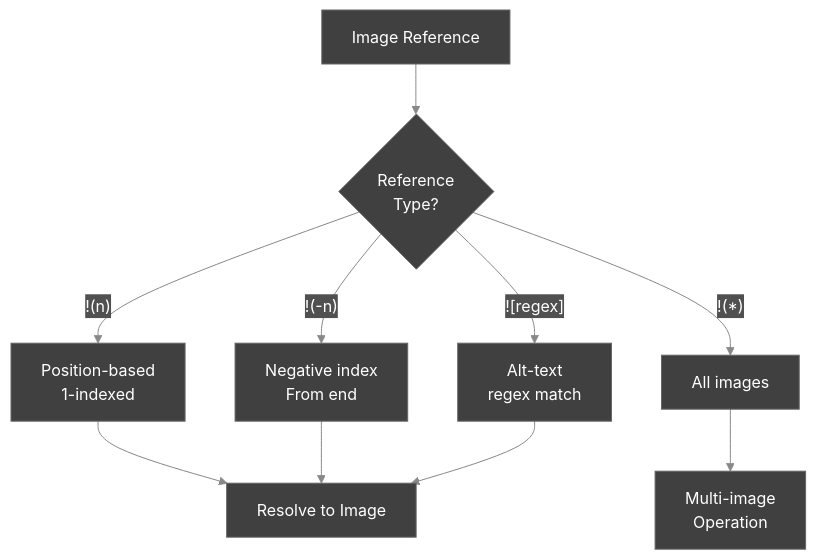
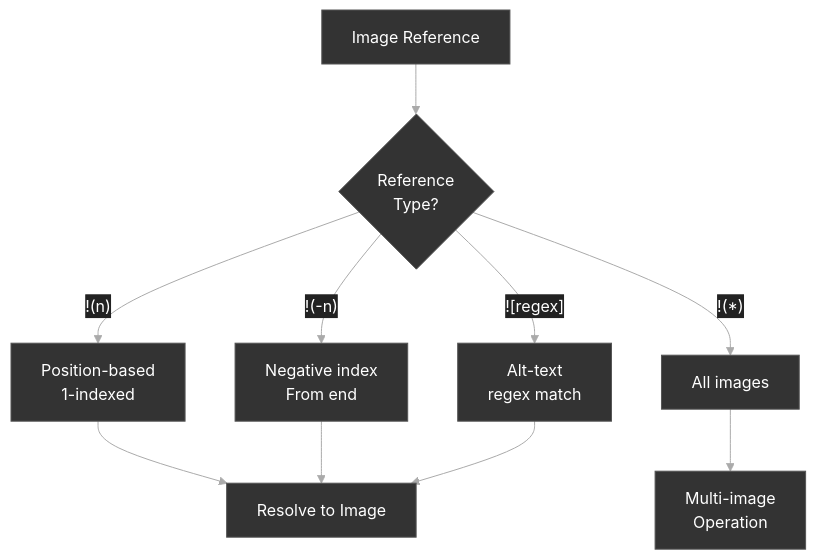
One commit to visionik/sedmat changed the fifth of 8 diagrams in README.md. Above: the diagram before and after it, drawn with Mermaid. The commit also changed other lines of this file, not shown here.

First line of the commit message:
style: update Mermaid diagrams with darker theme

````diff
--- a/README.md
+++ b/README.md
@@ -288,14 +288,14 @@
 ```mermaid
-%%{init: {'theme': 'base', 'themeVariables': { 'primaryColor': '#404040', 'primaryTextColor': '#ffffff', 'primaryBorderColor': '#666666', 'lineColor': '#888888', 'secondaryColor': '#505050', 'tertiaryColor': '#333333', 'background': '#1a1a1a' }}}%%
+%%{init: {'theme': 'base', 'themeVariables': { 'primaryColor': '#333333', 'primaryTextColor': '#ffffff', 'primaryBorderColor': '#555555', 'lineColor': '#aaaaaa', 'secondaryColor': '#2a2a2a', 'tertiaryColor': '#222222', 'background': '#111111', 'edgeLabelBackground': '#222222' }}}%%
 graph TB
     REF["Image Reference"] --> TYPE{Reference<br/>Type?}
     TYPE -->|"!#40;n#41;"| POS[Position-based<br/>1-indexed]
     TYPE -->|"!#40;-n#41;"| NEG[Negative index<br/>From end]
     TYPE -->|"!#40;*#41;"| ALL[All images]
     TYPE -->|"!#91;regex#93;"| ALT[Alt-text<br/>regex match]
     
     POS --> RESOLVE[Resolve to Image]
     NEG --> RESOLVE
     ALL --> MULTI[Multi-image<br/>Operation]
     ALT --> RESOLVE
 ```
````
